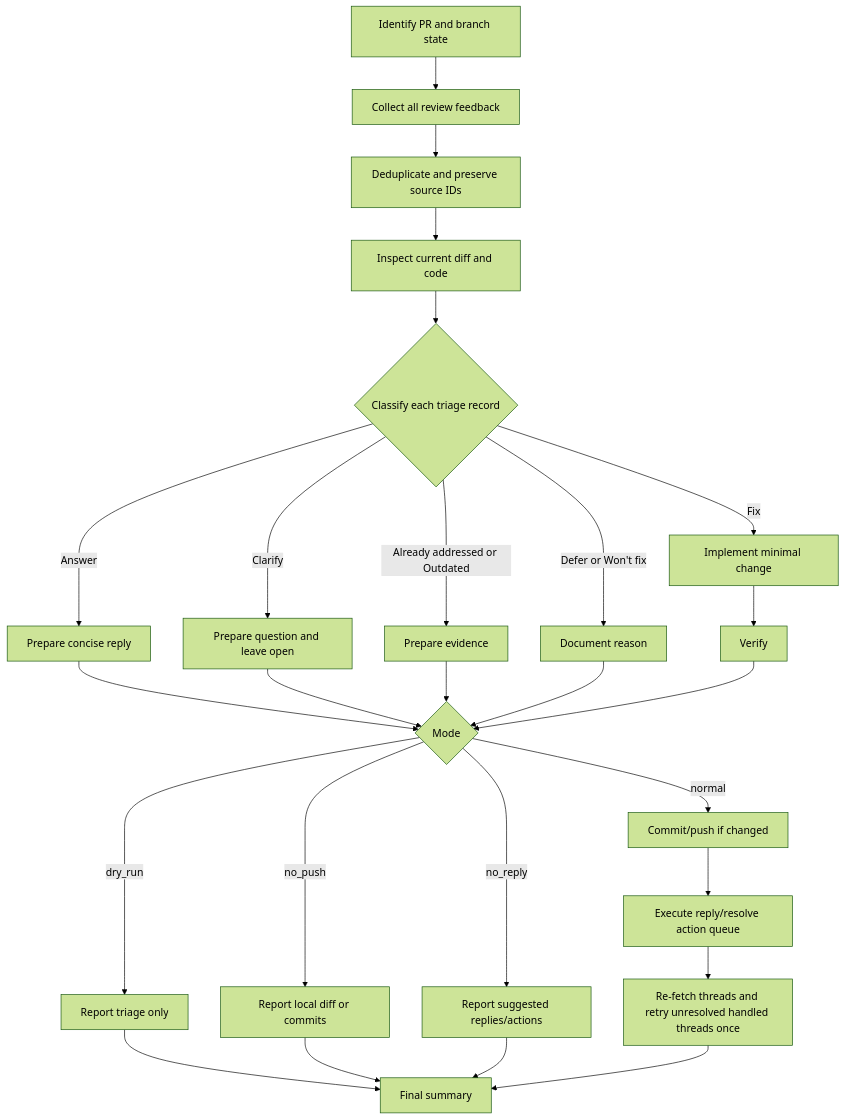
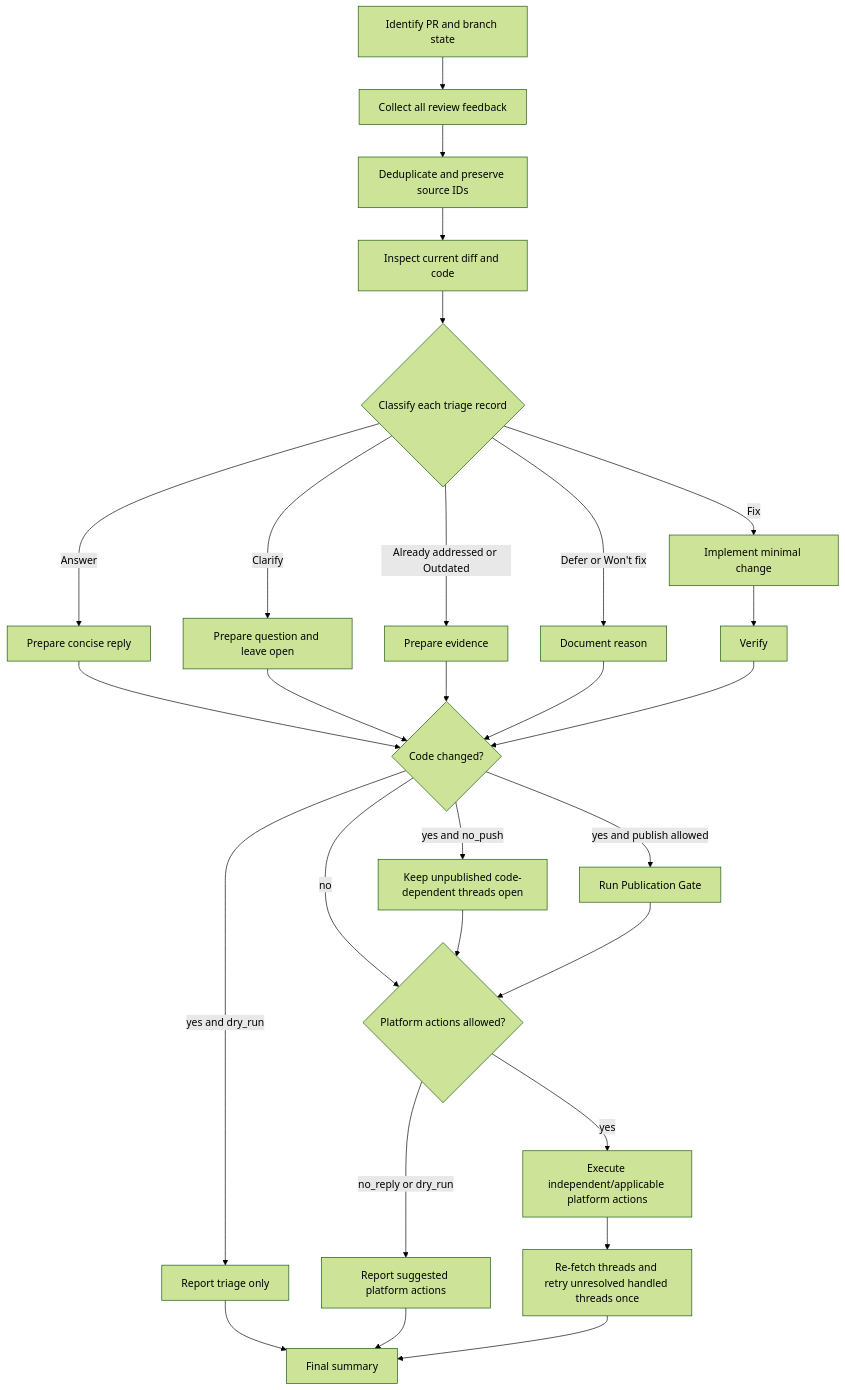
The diagram in .agents/skills/pr-feedback-triage/SKILL.md (dceoy/mt5api), drawn with Mermaid (forest theme) before and after one commit. The commit also changed other lines of this file, not shown here.

Commit message:
Update PR feedback triage skill (#60)

````diff
--- a/.agents/skills/pr-feedback-triage/SKILL.md
+++ b/.agents/skills/pr-feedback-triage/SKILL.md
@@ -130,28 +140,30 @@
 ```mermaid
 flowchart TD
   A[Identify PR and branch state] --> B[Collect all review feedback]
   B --> C[Deduplicate and preserve source IDs]
   C --> D[Inspect current diff and code]
   D --> E{Classify each triage record}
   E -->|Fix| F[Implement minimal change]
   E -->|Answer| G[Prepare concise reply]
   E -->|Clarify| H[Prepare question and leave open]
   E -->|Already addressed or Outdated| I[Prepare evidence]
   E -->|Defer or Won't fix| J[Document reason]
   F --> K[Verify]
-  G --> L{Mode}
+  G --> L{Code changed?}
   H --> L
   I --> L
   J --> L
   K --> L
-  L -->|dry_run| M[Report triage only]
-  L -->|no_push| N[Report local diff or commits]
-  L -->|no_reply| O[Report suggested replies/actions]
-  L -->|normal| P[Commit/push if changed]
-  P --> R[Execute reply/resolve action queue]
+  L -->|yes and dry_run| M[Report triage only]
+  L -->|yes and no_push| N[Keep unpublished code-dependent threads open]
+  L -->|yes and publish allowed| P[Run Publication Gate]
+  L -->|no| T{Platform actions allowed?}
+  N --> T
+  P --> T
+  T -->|no_reply or dry_run| O[Report suggested platform actions]
+  T -->|yes| R[Execute independent/applicable platform actions]
   R --> S[Re-fetch threads and retry unresolved handled threads once]
   M --> Q[Final summary]
-  N --> Q
   O --> Q
   S --> Q
 ```
````
